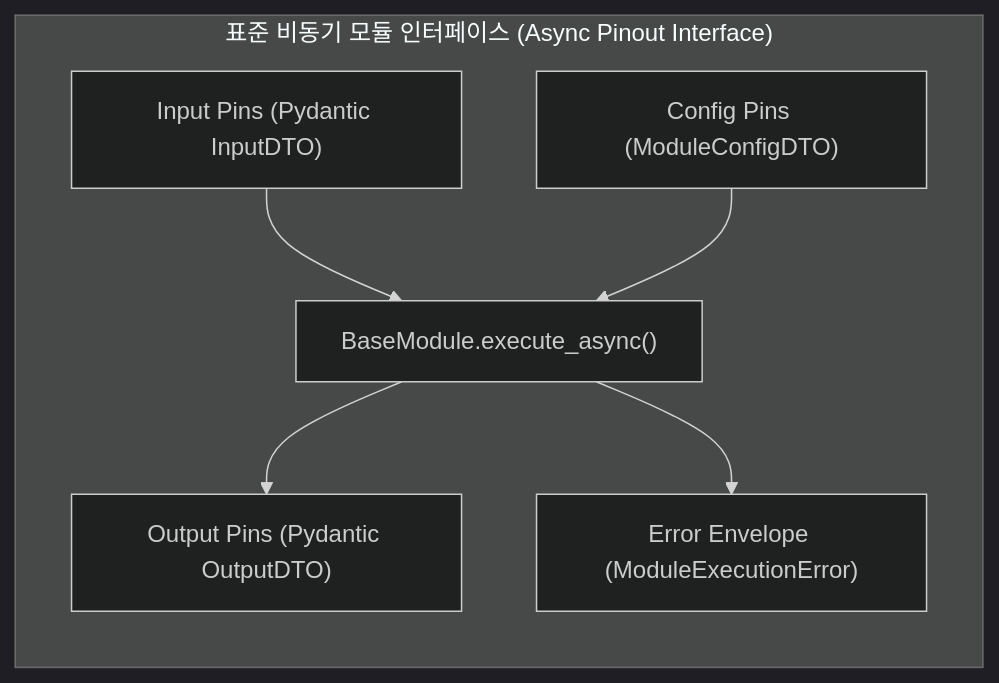
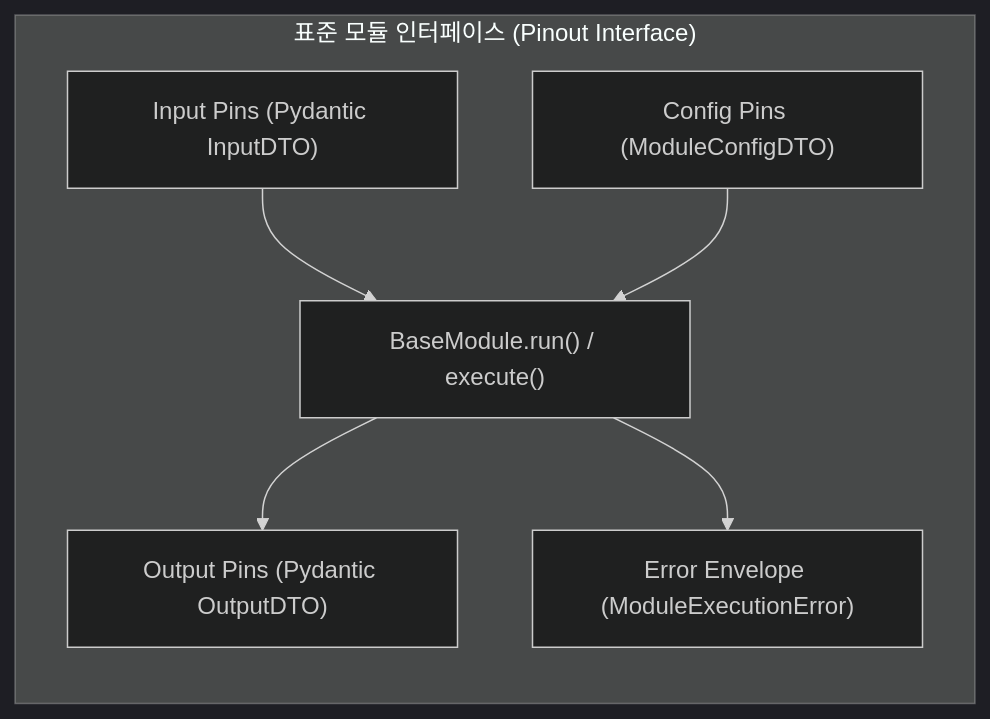
One commit to bist-mini-final/bist-mini-final changed the first of 2 diagrams in docs/blueprints/03_pipeline_module_blueprints/BP-302_21_modules_pinout_catalog.md. Above: the diagram before and after it, drawn with Mermaid (dark theme). The commit also changed other lines of this file and 92 other files, not shown here.

````diff
--- a/docs/blueprints/03_pipeline_module_blueprints/BP-302_21_modules_pinout_catalog.md
+++ b/docs/blueprints/03_pipeline_module_blueprints/BP-302_21_modules_pinout_catalog.md
@@ -17,9 +19,9 @@
 ```mermaid
 graph LR
-    subgraph ModuleContract ["표준 비동기 모듈 인터페이스 (Async Pinout Interface)"]
-        IN["Input Pins (Pydantic InputDTO)"] --> MOD["BaseModule.execute_async()"]
+    subgraph ModuleContract ["표준 모듈 인터페이스 (Pinout Interface)"]
+        IN["Input Pins (Pydantic InputDTO)"] --> MOD["BaseModule.run() / execute()"]
         CFG["Config Pins (ModuleConfigDTO)"] --> MOD
         MOD --> OUT["Output Pins (Pydantic OutputDTO)"]
         MOD --> ERR["Error Envelope (ModuleExecutionError)"]
     end
 ```
````
